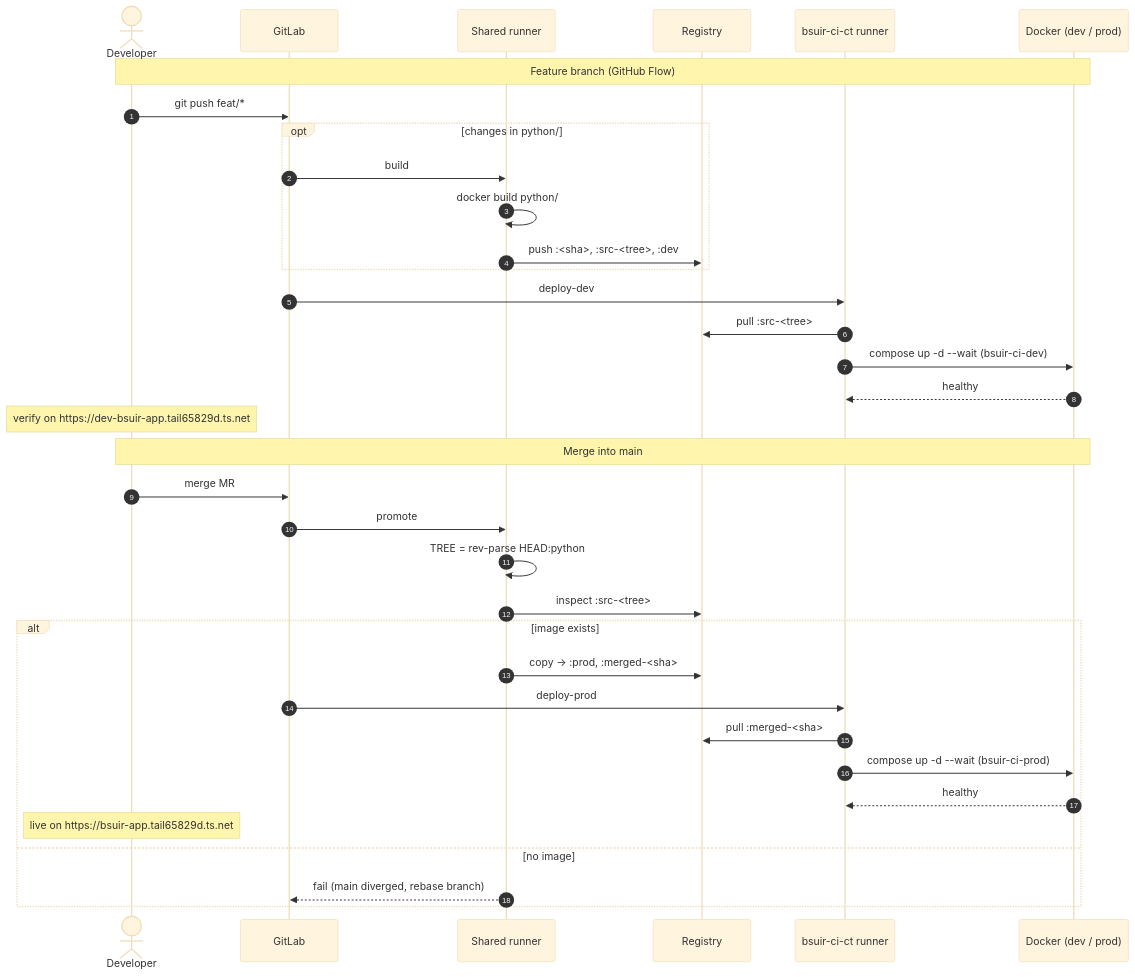
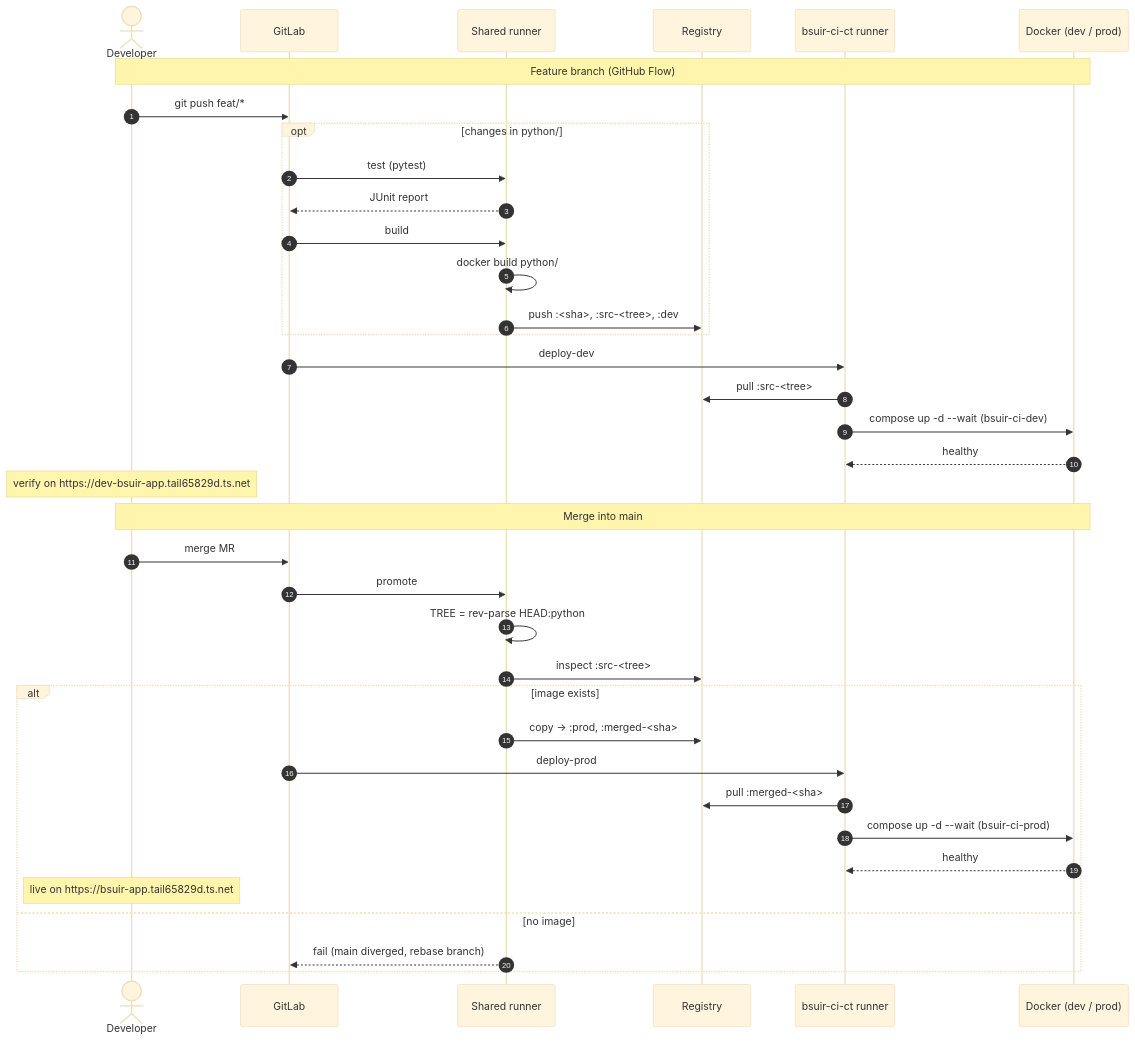
The second of 5 diagrams in README.md (Tsuyakashi/bsuir-ci), drawn with Mermaid (base theme) before and after one commit. The commit also changed other lines of this file and 1 other file, not shown here.

Commit message:
run tests before build, document test stage

````diff
--- a/README.md
+++ b/README.md
@@ -64,39 +64,41 @@
 ```mermaid
 sequenceDiagram
     autonumber
     actor dev as Developer
     participant gl as GitLab
     participant sr as Shared runner
     participant reg as Registry
     participant ct as bsuir-ci-ct runner
     participant app as Docker (dev / prod)
 
     Note over dev,app: Feature branch (GitHub Flow)
     dev->>gl: git push feat/*
     opt changes in python/
+        gl->>sr: test (pytest)
+        sr-->>gl: JUnit report
         gl->>sr: build
         sr->>sr: docker build python/
         sr->>reg: push :<sha>, :src-<tree>, :dev
     end
     gl->>ct: deploy-dev
     ct->>reg: pull :src-<tree>
     ct->>app: compose up -d --wait (bsuir-ci-dev)
     app-->>ct: healthy
     Note over dev: verify on https://dev-bsuir-app.tail65829d.ts.net
 
     Note over dev,app: Merge into main
     dev->>gl: merge MR
     gl->>sr: promote
     sr->>sr: TREE = rev-parse HEAD:python
     sr->>reg: inspect :src-<tree>
     alt image exists
         sr->>reg: copy → :prod, :merged-<sha>
         gl->>ct: deploy-prod
         ct->>reg: pull :merged-<sha>
         ct->>app: compose up -d --wait (bsuir-ci-prod)
         app-->>ct: healthy
         Note over dev: live on https://bsuir-app.tail65829d.ts.net
     else no image
         sr-->>gl: fail (main diverged, rebase branch)
     end
 ```
````
